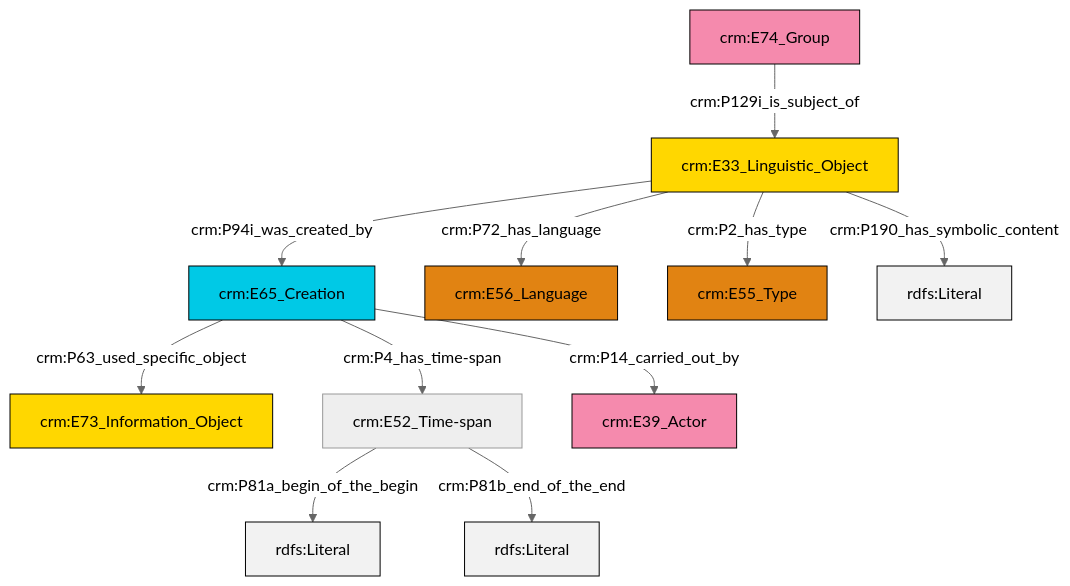
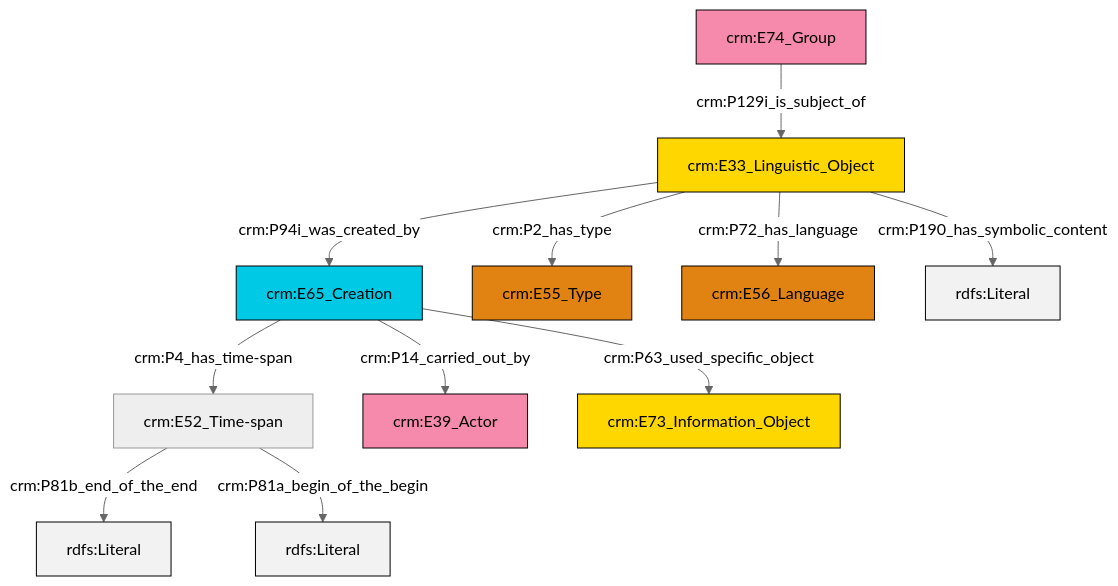
The diagram in et/groupCSV/ttl/mmd/group_description.ttl.mmd (swiss-art-research-net/reference-data-models), drawn with Mermaid (neutral theme) before and after one commit. The commit also changed 123 other files, not shown here.

```diff
--- a/et/groupCSV/ttl/mmd/group_description.ttl.mmd
+++ b/et/groupCSV/ttl/mmd/group_description.ttl.mmd
@@ -1,25 +1,25 @@
 graph TD
 classDef Literal fill:#f2f2f2,stroke:#000000;
 classDef CRM_Entity fill:#FFFFFF,stroke:#000000;
 classDef Temporal_Entity fill:#00C9E6, stroke:#000000;
 classDef Type fill:#E18312, stroke:#000000;
 classDef Time-Span fill:#2C9C91, stroke:#000000;
 classDef Appellation fill:#FFEB7F, stroke:#000000;
 classDef Place fill:#008836, stroke:#000000;
 classDef Persistent_Item fill:#B266B2, stroke:#000000;
 classDef Conceptual_Object fill:#FFD700, stroke:#000000;
 classDef Physical_Thing fill:#D2B48C, stroke:#000000;
 classDef Actor fill:#f58aad, stroke:#000000;
 classDef PC_Classes fill:#4ce600, stroke:#000000;
 classDef Multi fill:#cccccc,stroke:#000000;
 
-0["crm:E74_Group"]:::Actor -->|crm:P129i_is_subject_of| 1["crm:E33_Linguistic_Object"]:::Conceptual_Object
-1["crm:E33_Linguistic_Object"]:::Conceptual_Object -->|crm:P94i_was_created_by| 2["crm:E65_Creation"]:::Temporal_Entity
-1["crm:E33_Linguistic_Object"]:::Conceptual_Object -->|crm:P190_has_symbolic_content| 9[rdfs:Literal]:::Literal
-2["crm:E65_Creation"]:::Temporal_Entity -->|crm:P4_has_time-span| 10["crm:E52_Time-span"]:::Default
-2["crm:E65_Creation"]:::Temporal_Entity -->|crm:P63_used_specific_object| 3["crm:E73_Information_Object"]:::Conceptual_Object
-2["crm:E65_Creation"]:::Temporal_Entity -->|crm:P14_carried_out_by| 13["crm:E39_Actor"]:::Actor
-1["crm:E33_Linguistic_Object"]:::Conceptual_Object -->|crm:P72_has_language| 5["crm:E56_Language"]:::Type
-10["crm:E52_Time-span"]:::Default -->|crm:P81a_begin_of_the_begin| 16[rdfs:Literal]:::Literal
-10["crm:E52_Time-span"]:::Default -->|crm:P81b_end_of_the_end| 17[rdfs:Literal]:::Literal
-1["crm:E33_Linguistic_Object"]:::Conceptual_Object -->|crm:P2_has_type| 7["crm:E55_Type"]:::Type
+0["crm:E65_Creation"]:::Temporal_Entity -->|crm:P4_has_time-span| 1["crm:E52_Time-span"]:::Default
+2["crm:E33_Linguistic_Object"]:::Conceptual_Object -->|crm:P2_has_type| 3["crm:E55_Type"]:::Type
+2["crm:E33_Linguistic_Object"]:::Conceptual_Object -->|crm:P94i_was_created_by| 0["crm:E65_Creation"]:::Temporal_Entity
+0["crm:E65_Creation"]:::Temporal_Entity -->|crm:P14_carried_out_by| 4["crm:E39_Actor"]:::Actor
+2["crm:E33_Linguistic_Object"]:::Conceptual_Object -->|crm:P72_has_language| 7["crm:E56_Language"]:::Type
+0["crm:E65_Creation"]:::Temporal_Entity -->|crm:P63_used_specific_object| 11["crm:E73_Information_Object"]:::Conceptual_Object
+9["crm:E74_Group"]:::Actor -->|crm:P129i_is_subject_of| 2["crm:E33_Linguistic_Object"]:::Conceptual_Object
+2["crm:E33_Linguistic_Object"]:::Conceptual_Object -->|crm:P190_has_symbolic_content| 14[rdfs:Literal]:::Literal
+1["crm:E52_Time-span"]:::Default -->|crm:P81b_end_of_the_end| 17[rdfs:Literal]:::Literal
+1["crm:E52_Time-span"]:::Default -->|crm:P81a_begin_of_the_begin| 18[rdfs:Literal]:::Literal
```
